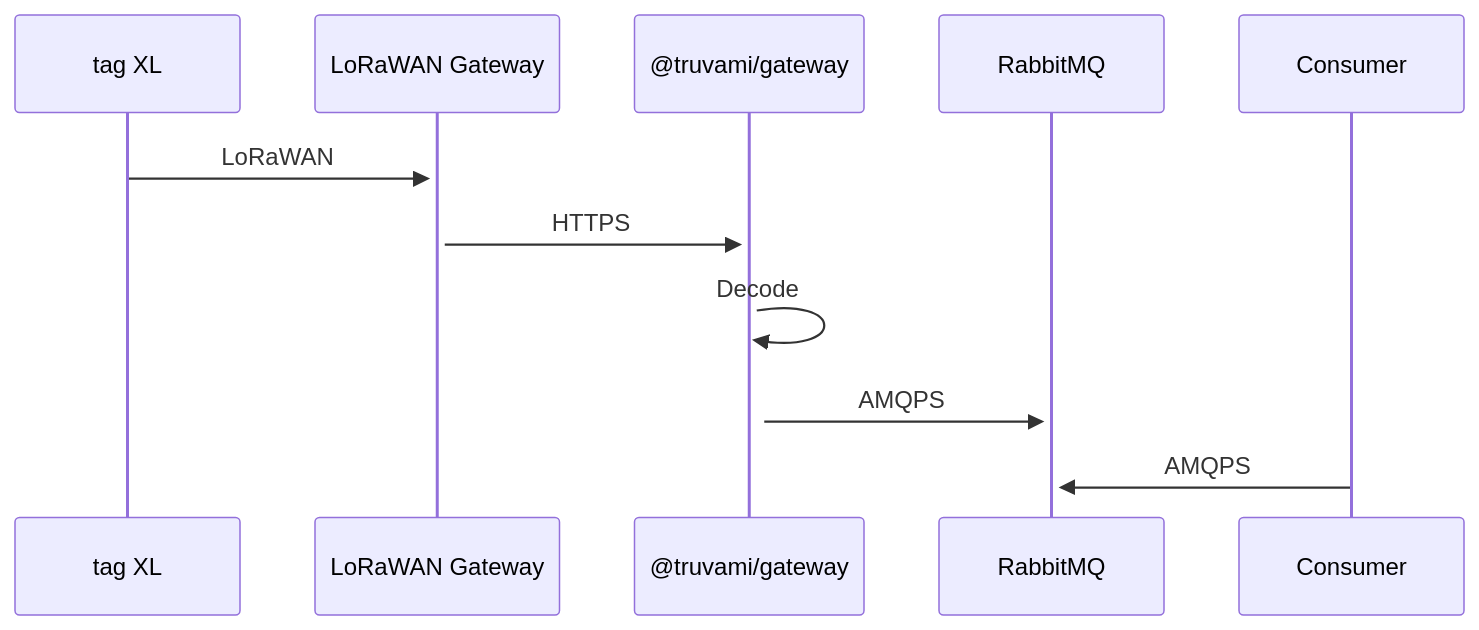
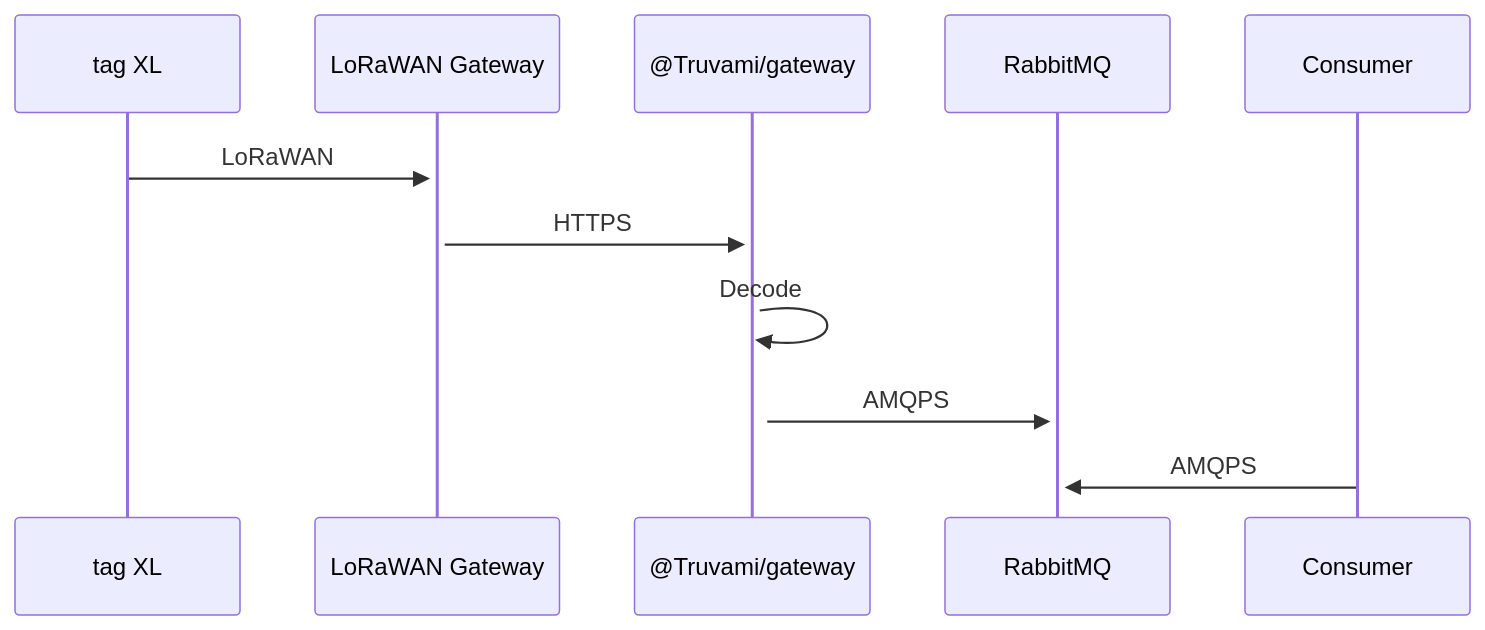
The diagram in docs/advanced/forward-rabbitmq.md (truvami/docs), drawn with Mermaid before and after one commit. The commit also changed other lines of this file and 61 other files, not shown here.

````diff
--- a/docs/advanced/forward-rabbitmq.md
+++ b/docs/advanced/forward-rabbitmq.md
@@ -7,8 +7,8 @@
 ```mermaid
 sequenceDiagram
     tag XL->>+LoRaWAN Gateway: LoRaWAN
-    LoRaWAN Gateway->>+@truvami/gateway: HTTPS
-    @truvami/gateway->>+@truvami/gateway: Decode
-    @truvami/gateway->>+RabbitMQ: AMQPS
+    LoRaWAN Gateway->>+@Truvami/gateway: HTTPS
+    @Truvami/gateway->>+@Truvami/gateway: Decode
+    @Truvami/gateway->>+RabbitMQ: AMQPS
     Consumer->>+RabbitMQ: AMQPS
 ```
````
